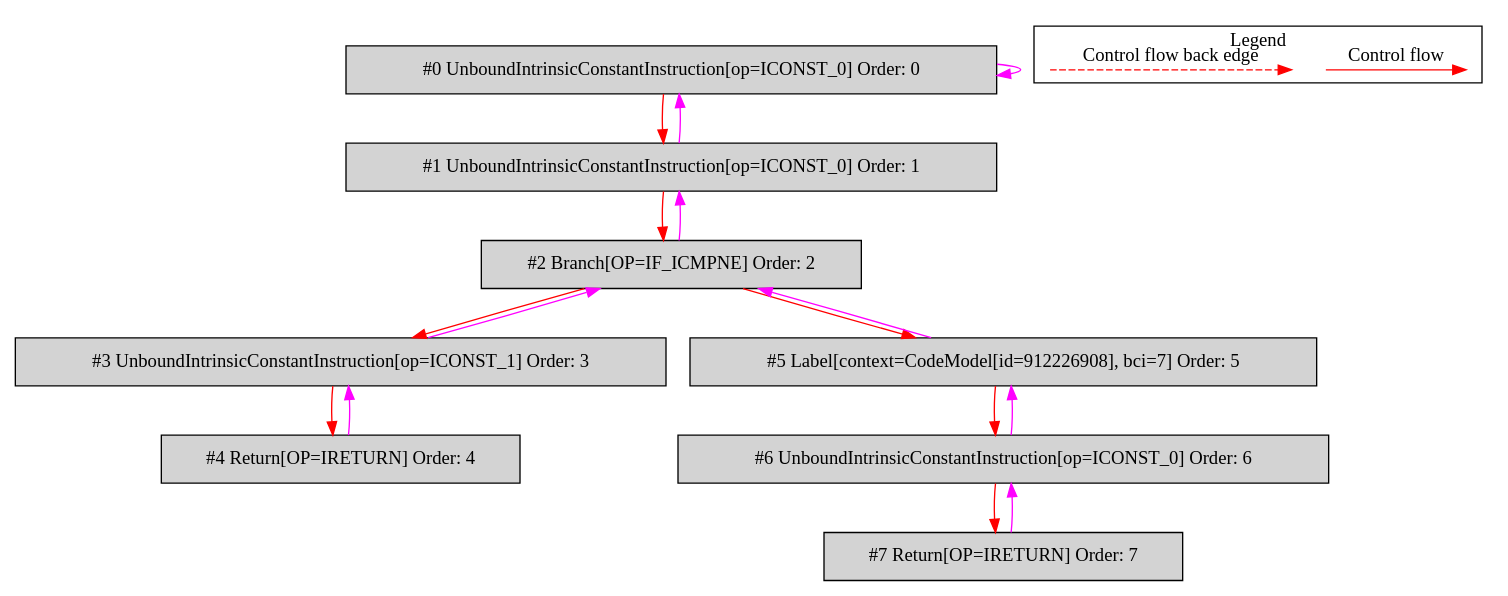
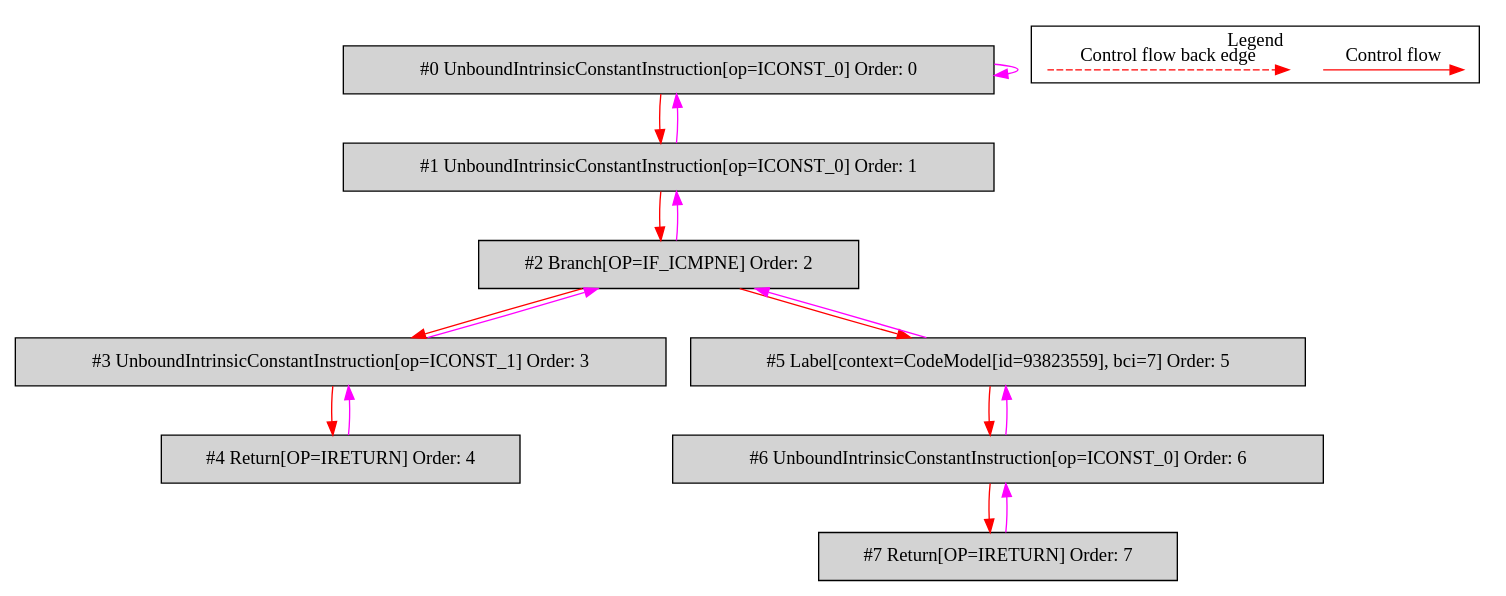
One commit to mirkosertic/MetaIR changed the diagram in de.mirkosertic.metair.ir.OpcodeIFICMPNETest/test_IF_ICMPNE/bytecodecfg.dot. Above: the diagram before and after it, drawn with Graphviz. The commit also changed 569 other files, not shown here.

```diff
--- a/de.mirkosertic.metair.ir.OpcodeIFICMPNETest/test_IF_ICMPNE/bytecodecfg.dot
+++ b/de.mirkosertic.metair.ir.OpcodeIFICMPNETest/test_IF_ICMPNE/bytecodecfg.dot
@@ -1,40 +1,40 @@
 digraph {
  ordering="in";
  node0[label="#0 UnboundIntrinsicConstantInstruction[op=ICONST_0] Order: 0", shape=box, fillcolor=lightgrey, style=filled];
  node1[label="#1 UnboundIntrinsicConstantInstruction[op=ICONST_0] Order: 1", shape=box, fillcolor=lightgrey, style=filled];
  node2[label="#2 Branch[OP=IF_ICMPNE] Order: 2", shape=box, fillcolor=lightgrey, style=filled];
  node3[label="#3 UnboundIntrinsicConstantInstruction[op=ICONST_1] Order: 3", shape=box, fillcolor=lightgrey, style=filled];
  node4[label="#4 Return[OP=IRETURN] Order: 4", shape=box, fillcolor=lightgrey, style=filled];
- node5[label="#5 Label[context=CodeModel[id=912226908], bci=7] Order: 5", shape=box, fillcolor=lightgrey, style=filled];
+ node5[label="#5 Label[context=CodeModel[id=93823559], bci=7] Order: 5", shape=box, fillcolor=lightgrey, style=filled];
  node6[label="#6 UnboundIntrinsicConstantInstruction[op=ICONST_0] Order: 6", shape=box, fillcolor=lightgrey, style=filled];
  node7[label="#7 Return[OP=IRETURN] Order: 7", shape=box, fillcolor=lightgrey, style=filled];
  node0 -> node0[color=fuchsia];
  node0 -> node1[color=red];
  node1 -> node0[color=fuchsia];
  node1 -> node2[color=red];
  node2 -> node1[color=fuchsia];
  node2 -> node3[color=red];
  node3 -> node2[color=fuchsia];
  node3 -> node4[color=red];
  node4 -> node3[color=fuchsia];
  node2 -> node5[color=red];
  node5 -> node2[color=fuchsia];
  node5 -> node6[color=red];
  node6 -> node5[color=fuchsia];
  node6 -> node7[color=red];
  node7 -> node6[color=fuchsia];
  subgraph cluster_000 {
   label = "Legend";
   node [shape=point]
   {
    rank=same;
    c0 [style = invis];
    c1 [style = invis];
    c2 [style = invis];
    c3 [style = invis];
   }
   c0 -> c1 [label="Control flow", style=solid, color=red]
   c2 -> c3 [label="Control flow back edge", style=dashed, color=red]
  }
 
 }
```
